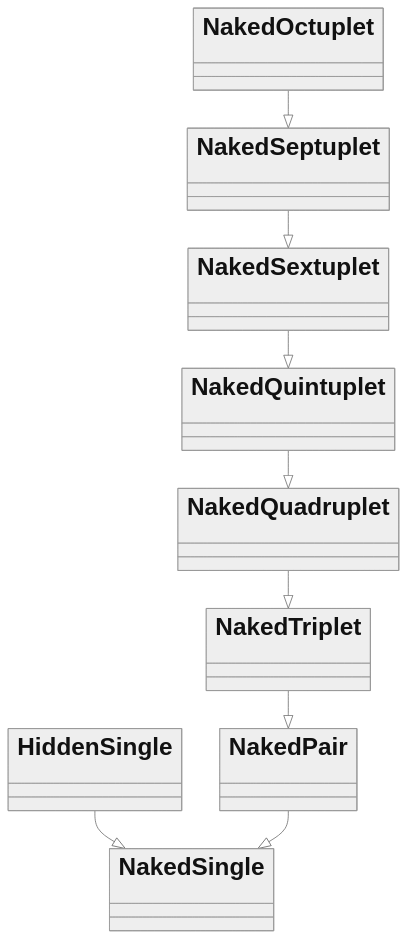
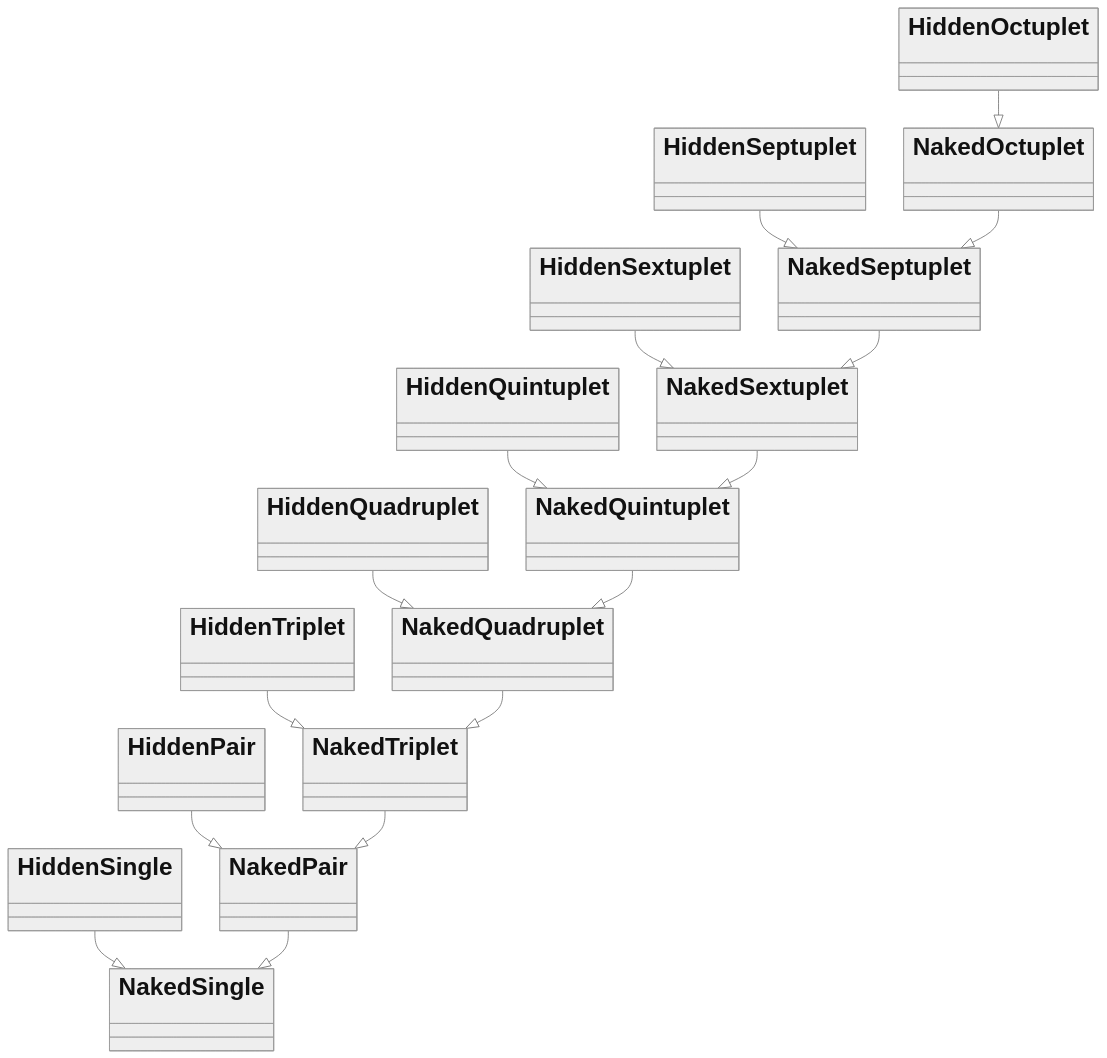
Before and after one commit to Sudokuru/Sudokuru: the diagram in PREREQS.md, drawn with Mermaid. The commit also changed 13 other files, not shown here.

````diff
--- a/PREREQS.md
+++ b/PREREQS.md
@@ -7,12 +7,19 @@
 ```mermaid
 %%{init: {'theme': 'neutral', 'themeVariables': { 'fontSize': '32px', 'fontFamily': 'arial'}}}%%
 classDiagram
     HiddenSingle --<| NakedSingle
+    HiddenPair --<| NakedPair
+    HiddenTriplet --<| NakedTriplet
+    HiddenQuadruplet --<| NakedQuadruplet
+    HiddenQuintuplet --<| NakedQuintuplet
+    HiddenSextuplet --<| NakedSextuplet
+    HiddenSeptuplet --<| NakedSeptuplet
+    HiddenOctuplet --<| NakedOctuplet
     NakedPair --<| NakedSingle
     NakedTriplet --<| NakedPair
     NakedQuadruplet --<| NakedTriplet
     NakedQuintuplet --<| NakedQuadruplet
     NakedSextuplet --<| NakedQuintuplet
     NakedSeptuplet --<| NakedSextuplet
     NakedOctuplet --<| NakedSeptuplet
 ```
````
